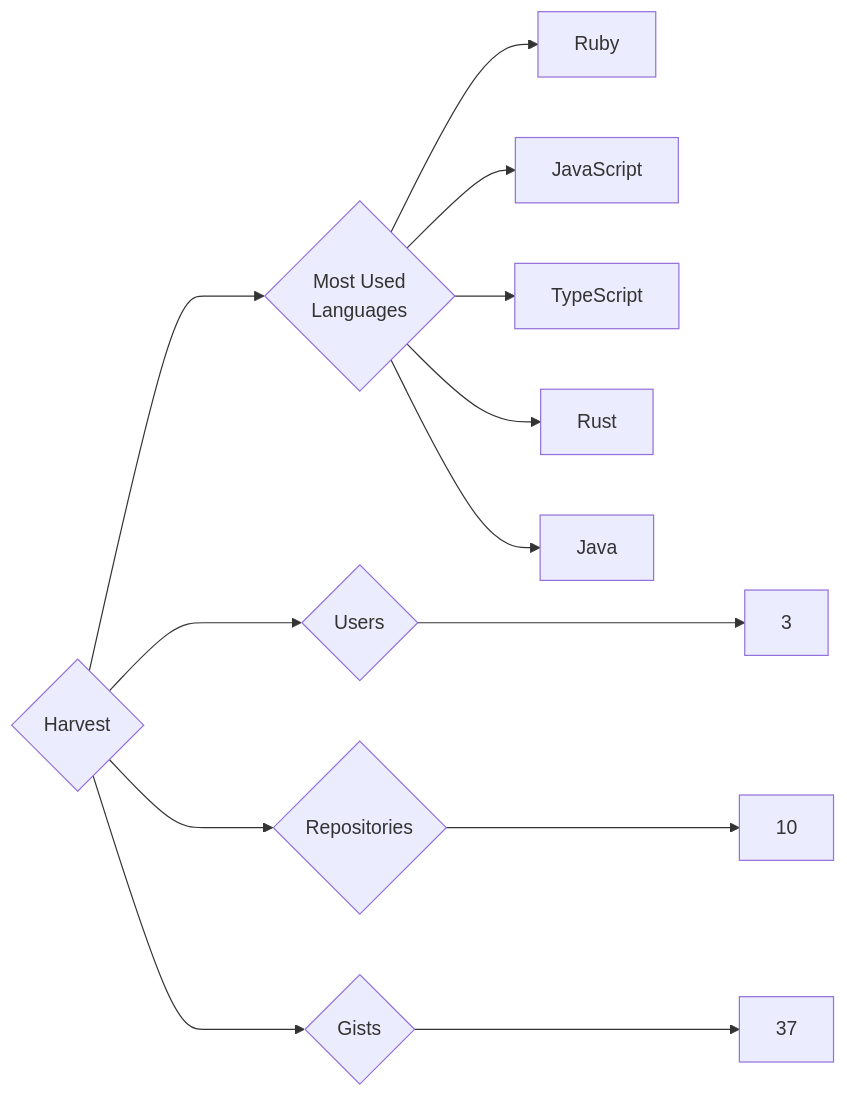
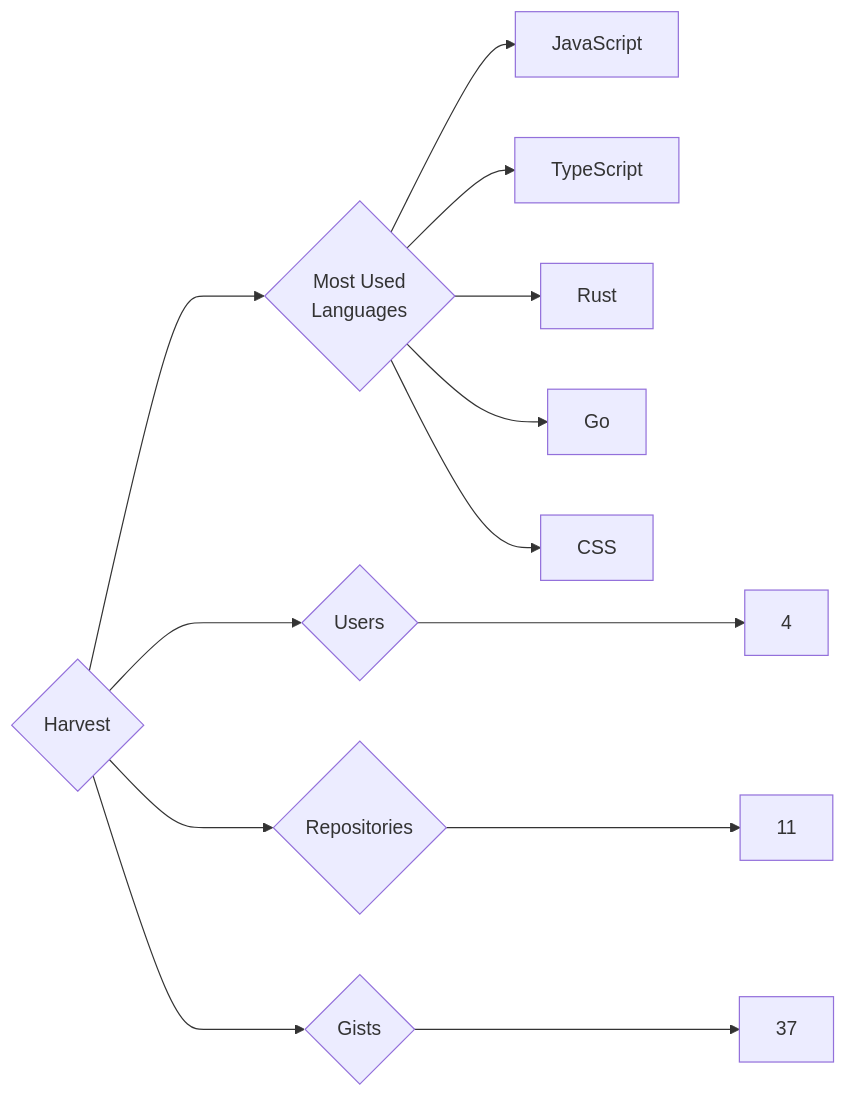
Before and after one commit to trickest/insiders: the diagram in targets/Harvest/README.md, drawn with Mermaid. The commit also changed 874 other files, not shown here.

````diff
--- a/targets/Harvest/README.md
+++ b/targets/Harvest/README.md
@@ -3,13 +3,13 @@
 ```mermaid
 graph LR
 COMPANY_NAME{Harvest}
-COMPANY_NAME ---> U{Users} ---> UN[3]
-COMPANY_NAME ---> R{Repositories} ---> RN[10]
+COMPANY_NAME ---> U{Users} ---> UN[4]
+COMPANY_NAME ---> R{Repositories} ---> RN[11]
 COMPANY_NAME ---> G{Gists} ---> GN[37]
 COMPANY_NAME ---> ML{Most Used<br>Languages}
-ML --> Ruby[Ruby]
 ML --> JavaScript[JavaScript]
 ML --> TypeScript[TypeScript]
 ML --> Rust[Rust]
-ML --> Java[Java]
+ML --> Go[Go]
+ML --> CSS[CSS]
 ```
````
